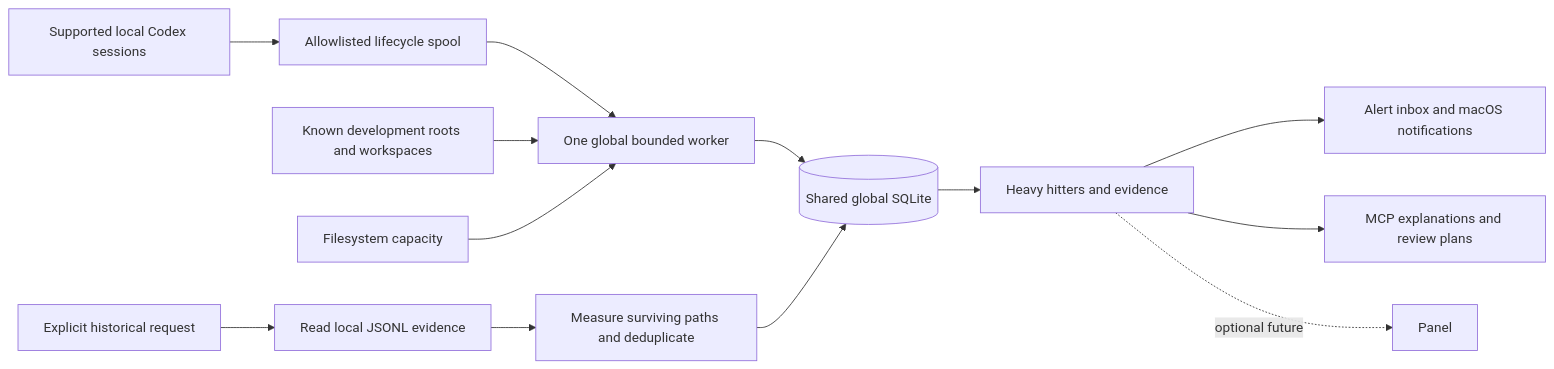
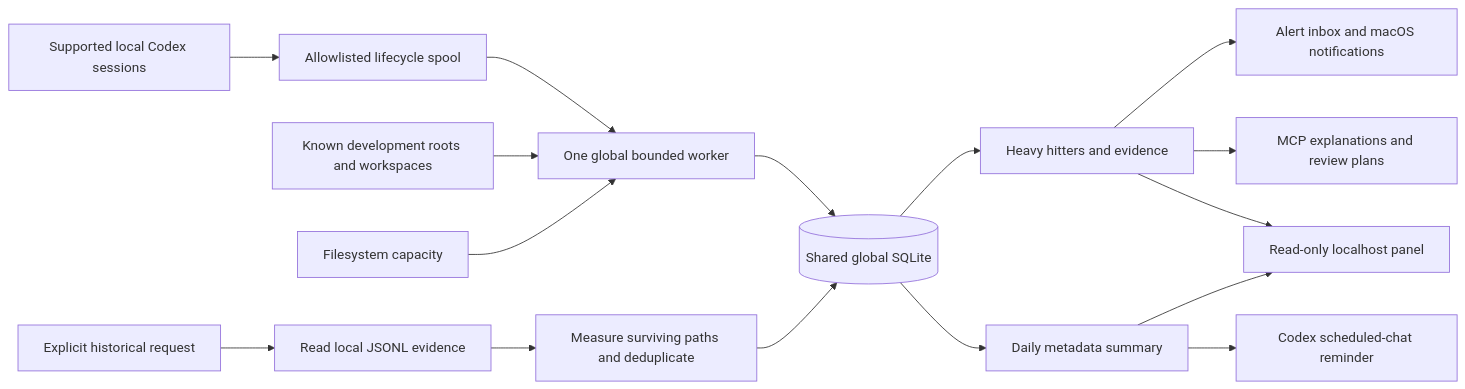
One commit to wxy/WXY-Codex-Plugins changed the diagram in plugins/codex-footprint/docs/architecture.md. Above: the diagram before and after it, drawn with Mermaid. The commit also changed other lines of this file and 31 other files, not shown here.

````diff
--- a/plugins/codex-footprint/docs/architecture.md
+++ b/plugins/codex-footprint/docs/architecture.md
@@ -5,15 +5,18 @@
 ```mermaid
 flowchart LR
   C[Supported local Codex sessions] --> H[Allowlisted lifecycle spool]
   H --> W[One global bounded worker]
   D[Known development roots and workspaces] --> W
   V[Filesystem capacity] --> W
   W --> DB[(Shared global SQLite)]
   U[Explicit historical request] --> A[Read local JSONL evidence]
   A --> X[Measure surviving paths and deduplicate]
   X --> DB
   DB --> E[Heavy hitters and evidence]
   E --> N[Alert inbox and macOS notifications]
   E --> M[MCP explanations and review plans]
-  E -. optional future .-> P[Panel]
+  E --> P[Read-only localhost panel]
+  DB --> R[Daily metadata summary]
+  R --> P
+  R --> S[Codex scheduled-chat reminder]
 ```
````
